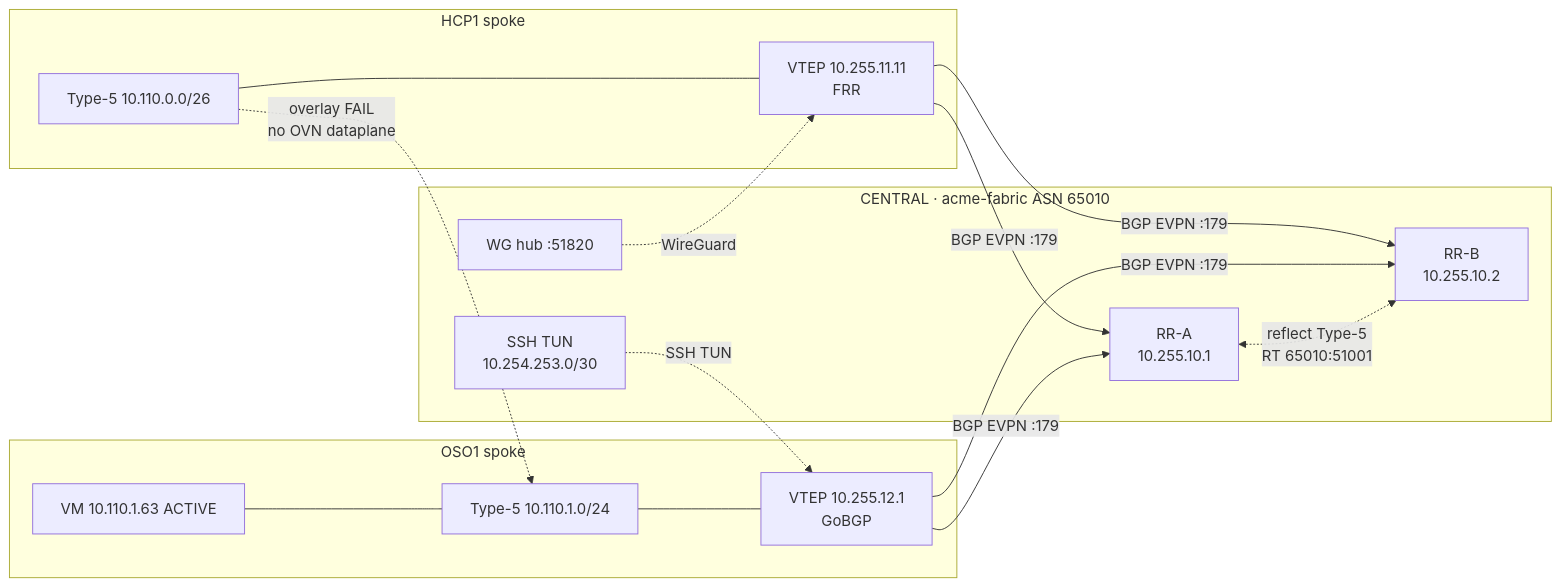
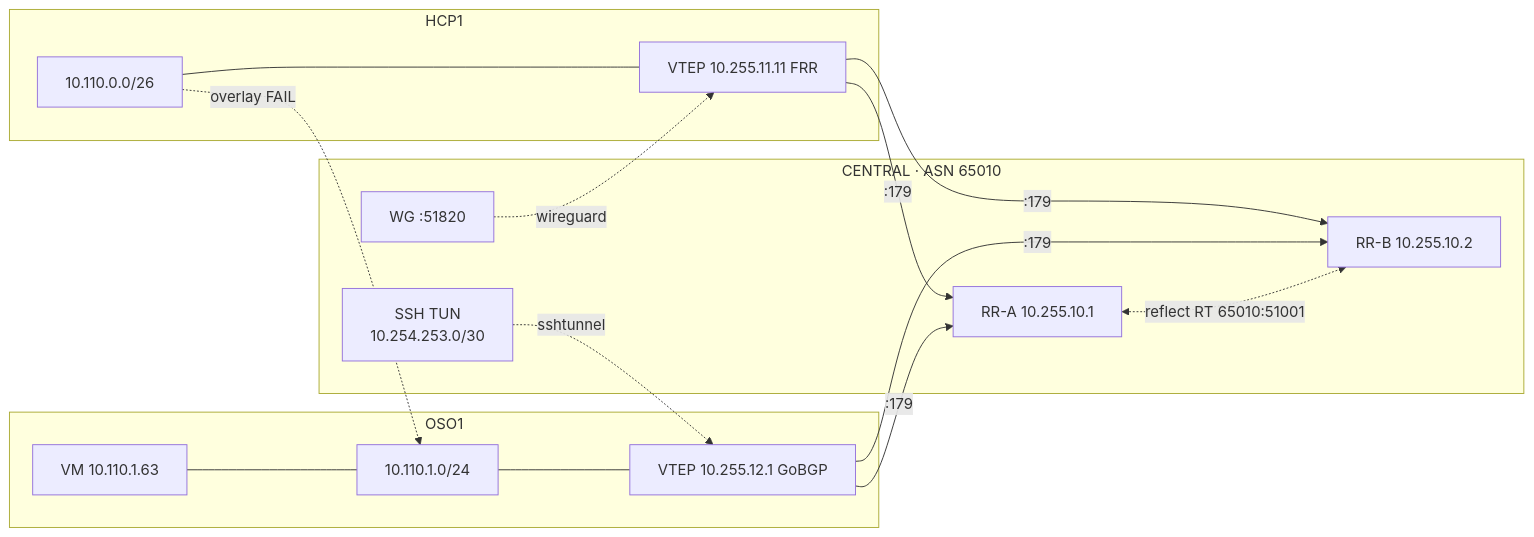
The second of 5 diagrams in design/fabric-verify.md (hybrid-sovereign-cloud/hybridcloud-demojam), drawn with Mermaid before and after one commit. The commit also changed other lines of this file, not shown here.

Commit message:
docs(fabric): document Acme and Chad fabrics in fabric-verify.

````diff
--- a/design/fabric-verify.md
+++ b/design/fabric-verify.md
@@ -23,32 +58,30 @@
 ```mermaid
 flowchart LR
-  subgraph CENTRAL["CENTRAL · acme-fabric ASN 65010"]
-    RRA["RR-A<br/>10.255.10.1"]
-    RRB["RR-B<br/>10.255.10.2"]
-    WGH["WG hub :51820"]
+  subgraph CENTRAL["CENTRAL · ASN 65010"]
+    RRA["RR-A 10.255.10.1"]
+    RRB["RR-B 10.255.10.2"]
+    WGH["WG :51820"]
     SSH["SSH TUN<br/>10.254.253.0/30"]
   end
 
-  subgraph HCP1["HCP1 spoke"]
-    HVTEP["VTEP 10.255.11.11<br/>FRR"]
-    HPFX["Type-5 10.110.0.0/26"]
+  subgraph HCP1["HCP1"]
+    HV["VTEP 10.255.11.11 FRR"]
+    HP["10.110.0.0/26"]
   end
 
-  subgraph OSO1["OSO1 spoke"]
-    OVTEP["VTEP 10.255.12.1<br/>GoBGP"]
-    OPFX["Type-5 10.110.1.0/24"]
-    VM["VM 10.110.1.63 ACTIVE"]
+  subgraph OSO1["OSO1"]
+    OV["VTEP 10.255.12.1 GoBGP"]
+    OP["10.110.1.0/24"]
+    VM["VM 10.110.1.63"]
   end
 
-  WGH -. WireGuard .-> HVTEP
-  SSH -. SSH TUN .-> OVTEP
-  HVTEP -->|BGP EVPN :179| RRA
-  HVTEP -->|BGP EVPN :179| RRB
-  OVTEP -->|BGP EVPN :179| RRA
-  OVTEP -->|BGP EVPN :179| RRB
-  RRA <-.->|reflect Type-5<br/>RT 65010:51001| RRB
-  HPFX --- HVTEP
-  OPFX --- OVTEP
-  VM --- OPFX
-  HPFX -.->|overlay FAIL<br/>no OVN dataplane| OPFX
+  WGH -.->|wireguard| HV
+  SSH -.->|sshtunnel| OV
+  HV -->|:179| RRA & RRB
+  OV -->|:179| RRA & RRB
+  RRA <-.->|reflect RT 65010:51001| RRB
+  HP --- HV
+  OP --- OV
+  VM --- OP
+  HP -.->|overlay FAIL| OP
 ```
````
